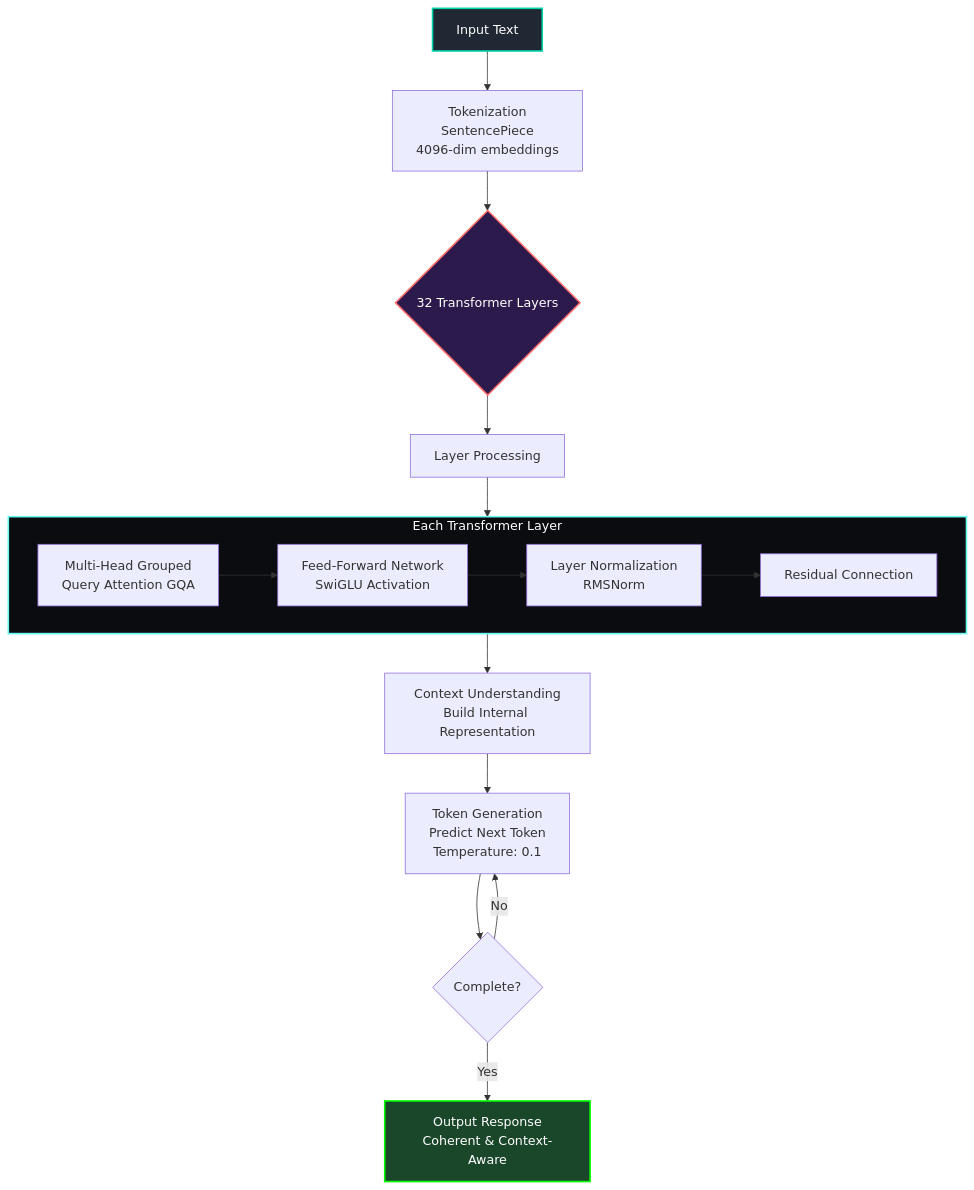
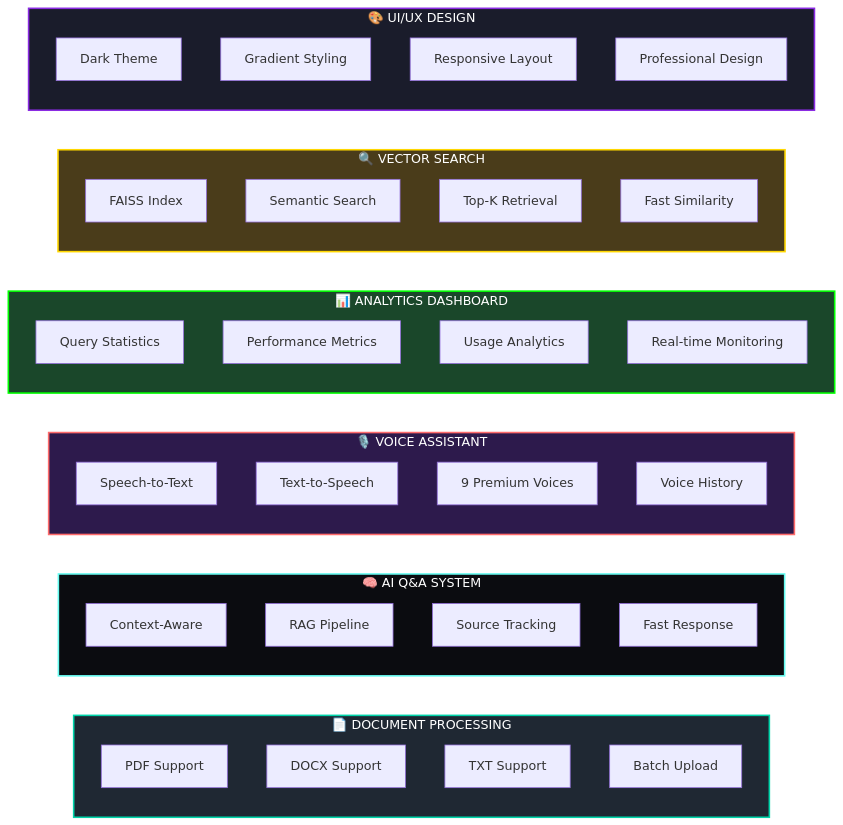
Before and after one commit to Syam-1133/Syams-Document-Intelligence-Platform: the fifth of 6 diagrams in README.md, drawn with Mermaid.

Commit message:
🐛 Fix: Remove duplicate headers and broken emoji in README
- Removed duplicate Features section with malformed emoji
- Cleaned up duplicate Pipeline Details headers
- Fixed rendering issues for Mermaid diagrams

````diff
--- a/README.md
+++ b/README.md
@@ -384,28 +418,51 @@
 ```mermaid
-flowchart TD
-    A[Input Text] --> B[Tokenization<br/>SentencePiece<br/>4096-dim embeddings]
-    
-    B --> C{32 Transformer Layers}
-    
-    C --> D[Layer Processing]
-    
-    subgraph Layer["Each Transformer Layer"]
-        D1[Multi-Head Grouped<br/>Query Attention GQA] --> D2[Feed-Forward Network<br/>SwiGLU Activation]
-        D2 --> D3[Layer Normalization<br/>RMSNorm]
-        D3 --> D4[Residual Connection]
+graph LR
+    subgraph DOC["📄 DOCUMENT PROCESSING"]
+        D1[PDF Support]
+        D2[DOCX Support]
+        D3[TXT Support]
+        D4[Batch Upload]
     end
     
-    D --> Layer
-    Layer --> E[Context Understanding<br/>Build Internal Representation]
+    subgraph AI["🧠 AI Q&A SYSTEM"]
+        A1[Context-Aware]
+        A2[RAG Pipeline]
+        A3[Source Tracking]
+        A4[Fast Response]
+    end
     
-    E --> F[Token Generation<br/>Predict Next Token<br/>Temperature: 0.1]
+    subgraph VOICE["🎙️ VOICE ASSISTANT"]
+        V1[Speech-to-Text]
+        V2[Text-to-Speech]
+        V3[9 Premium Voices]
+        V4[Voice History]
+    end
     
-    F --> G{Complete?}
-    G -->|No| F
-    G -->|Yes| H[Output Response<br/>Coherent & Context-Aware]
+    subgraph ANALYTICS["📊 ANALYTICS DASHBOARD"]
+        AN1[Query Statistics]
+        AN2[Performance Metrics]
+        AN3[Usage Analytics]
+        AN4[Real-time Monitoring]
+    end
     
-    style A fill:#1f2833,stroke:#00d4aa,stroke-width:2px,color:#fff
-    style C fill:#2d1a4c,stroke:#ff6b6b,stroke-width:2px,color:#fff
-    style Layer fill:#0b0c10,stroke:#66fcf1,stroke-width:2px,color:#fff
-    style H fill:#1a472a,stroke:#00ff00,stroke-width:2px,color:#fff
+    subgraph VECTOR["🔍 VECTOR SEARCH"]
+        VE1[FAISS Index]
+        VE2[Semantic Search]
+        VE3[Top-K Retrieval]
+        VE4[Fast Similarity]
+    end
+    
+    subgraph UI["🎨 UI/UX DESIGN"]
+        U1[Dark Theme]
+        U2[Gradient Styling]
+        U3[Responsive Layout]
+        U4[Professional Design]
+    end
+    
+    style DOC fill:#1f2833,stroke:#00d4aa,stroke-width:2px,color:#fff
+    style AI fill:#0b0c10,stroke:#66fcf1,stroke-width:2px,color:#fff
+    style VOICE fill:#2d1a4c,stroke:#ff6b6b,stroke-width:2px,color:#fff
+    style ANALYTICS fill:#1a472a,stroke:#00ff00,stroke-width:2px,color:#fff
+    style VECTOR fill:#4a3c1a,stroke:#ffd700,stroke-width:2px,color:#fff
+    style UI fill:#1a1c2b,stroke:#8a2be2,stroke-width:2px,color:#fff
 ```
````
